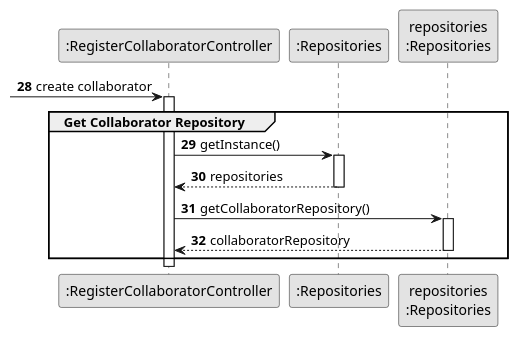
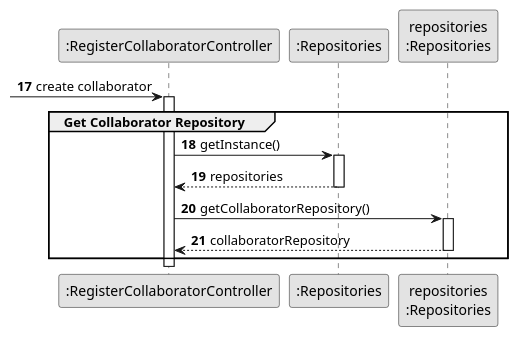
One commit to ricardomm7/leaflink changed the diagram in docs/sprintB/us003/03.design/puml/us003-sequence-diagram-partial-get-collaborator-repository.puml. Above: the diagram before and after it, drawn with PlantUML. The commit also changed 6 other files, not shown here.

```diff
--- a/docs/sprintB/us003/03.design/puml/us003-sequence-diagram-partial-get-collaborator-repository.puml
+++ b/docs/sprintB/us003/03.design/puml/us003-sequence-diagram-partial-get-collaborator-repository.puml
@@ -1,27 +1,27 @@
 @startuml
 skinparam monochrome true
 skinparam packageStyle rectangle
 skinparam shadowing false
 
-autonumber 28
+autonumber 17
 
 participant ":RegisterCollaboratorController" as CTRL
 participant ":Repositories" as GlobRepo
 participant "repositories\n:Repositories" as PLAT
 
 -> CTRL: create collaborator
 activate CTRL
 
 group Get Collaborator Repository
 
 CTRL -> GlobRepo : getInstance()
 activate GlobRepo
 GlobRepo --> CTRL : repositories
 deactivate GlobRepo
 CTRL -> PLAT : getCollaboratorRepository()
 activate PLAT
 PLAT -->  CTRL: collaboratorRepository
 deactivate PLAT
 
 end
 @enduml
```
